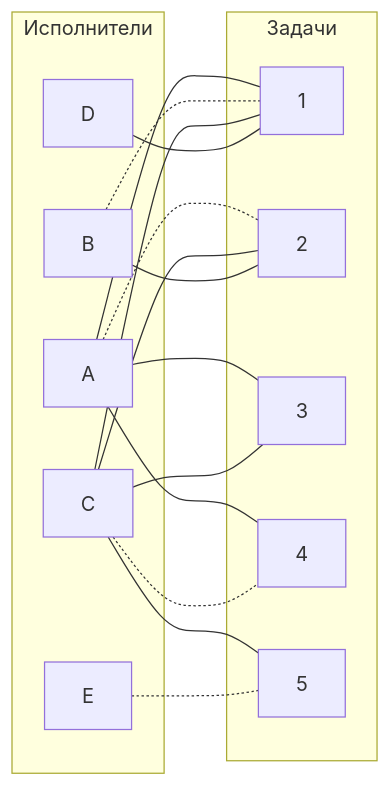
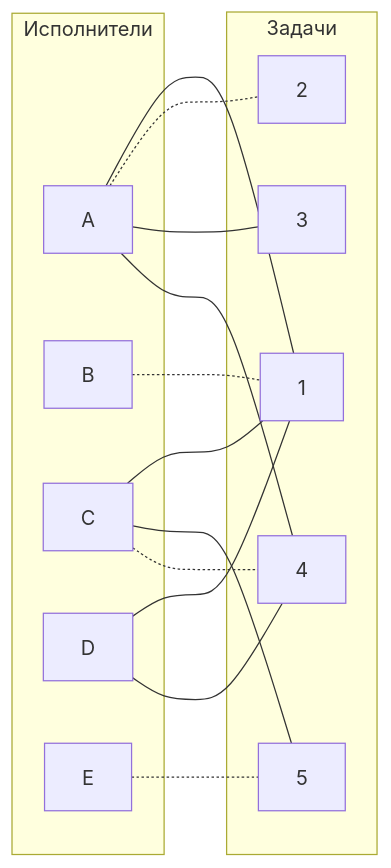
The ninth of 14 diagrams in task-8/python-gang.md (hse-algo-24-crow/manual-tasks-crow), drawn with Mermaid before and after one commit. The commit also changed other lines of this file, not shown here.

````diff
--- a/task-8/python-gang.md
+++ b/task-8/python-gang.md
@@ -343,30 +274,28 @@
 ```mermaid
 graph LR
     subgraph "Исполнители"
         A[A]
         B[B]
         C[C]
         D[D]
         E[E]
     end
     subgraph "Задачи"
         1[1]
         2[2]
         3[3]
         4[4]
         5[5]
     end
     A --- 1
     A -.- 2
     A --- 3
     A --- 4
     B -.- 1
     C --- 1
     C --- 5
     D --- 1
     E -.- 5
     C -.- 4
-    C --- 2
-    C --- 3
-    B --- 2
+    D --- 4
 ```
````
